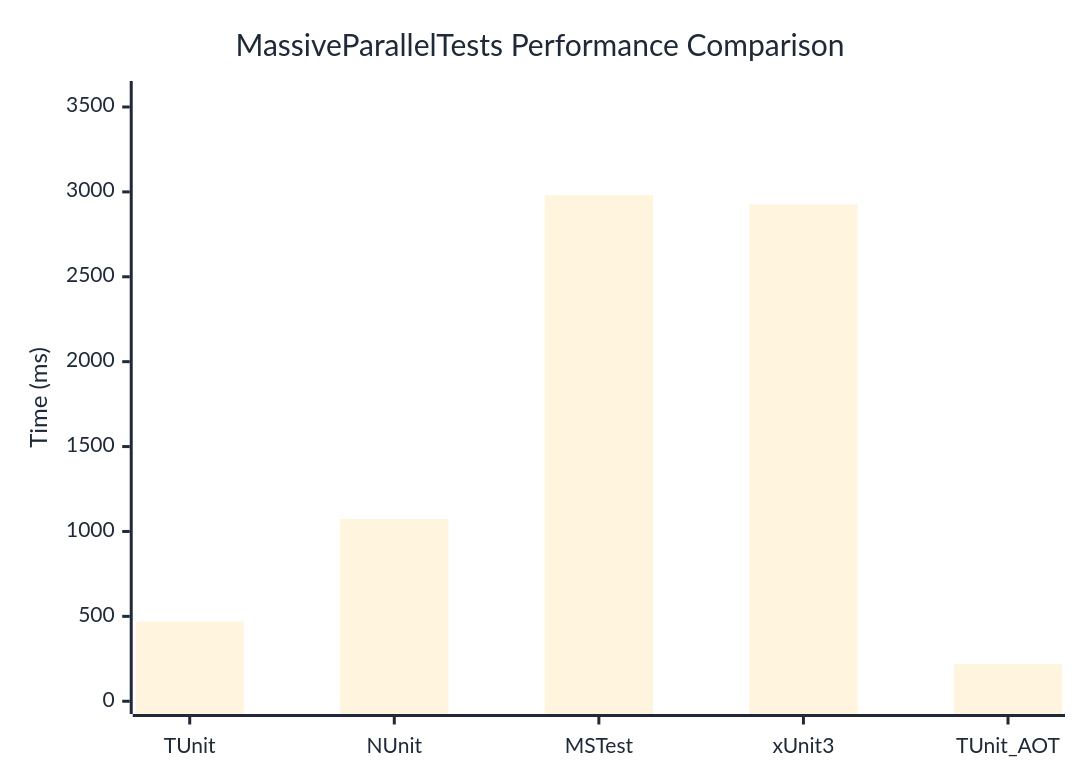
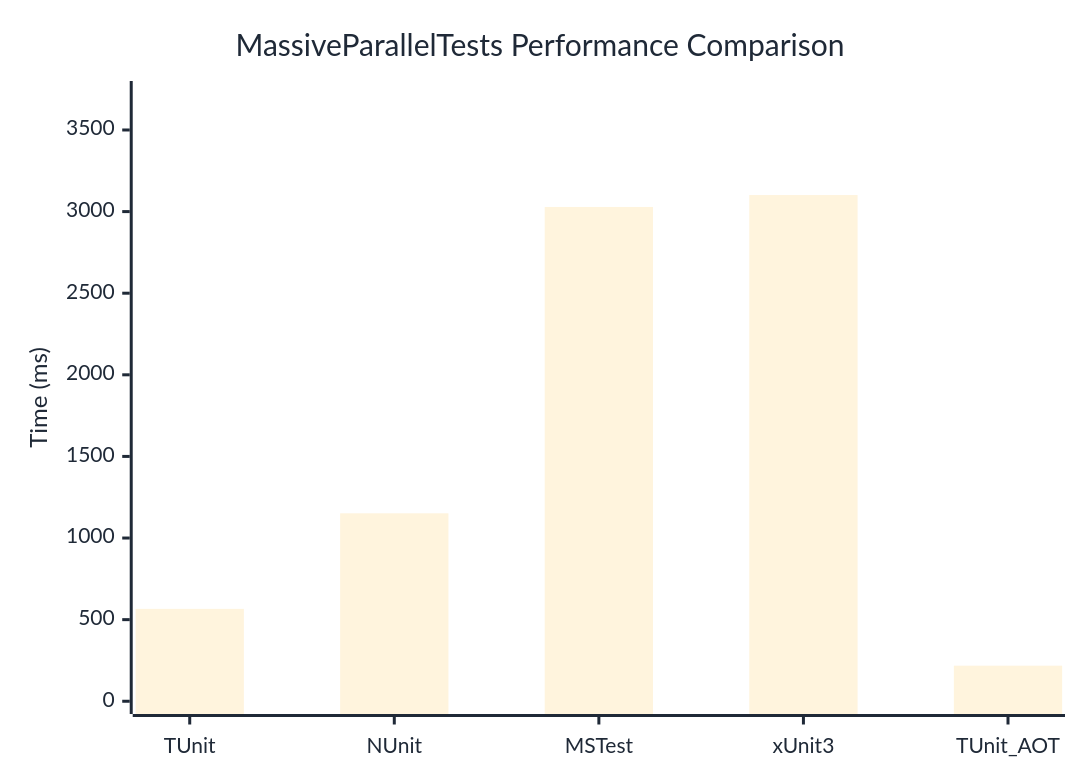
One commit to thomhurst/TUnit changed the diagram in docs/docs/benchmarks/engine/MassiveParallelTests.md. Above: the diagram before and after it, drawn with Mermaid. The commit also changed other lines of this file and 18 other files, not shown here.

````diff
--- a/docs/docs/benchmarks/engine/MassiveParallelTests.md
+++ b/docs/docs/benchmarks/engine/MassiveParallelTests.md
@@ -29,37 +29,37 @@
 ```mermaid
 %%{init: {
   'theme':'base',
   'themeVariables': {
     'primaryColor': '#2563eb',
     'primaryTextColor': '#1f2937',
     'primaryBorderColor': '#1e40af',
     'lineColor': '#6b7280',
     'secondaryColor': '#7c3aed',
     'tertiaryColor': '#dc2626',
     'background': '#ffffff',
     'mainBkg': '#2563eb',
     'secondBkg': '#7c3aed',
     'tertiaryBkg': '#dc2626',
     'clusterBkg': '#f3f4f6',
     'edgeLabelBackground': '#ffffff',
     'tertiaryTextColor': '#1f2937',
     'pie1': '#2563eb',
     'pie2': '#7c3aed',
     'pie3': '#dc2626',
     'pie4': '#f59e0b',
     'pie5': '#10b981',
     'pie6': '#06b6d4',
     'pie7': '#ec4899',
     'pie8': '#6366f1',
     'pie9': '#84cc16',
     'pie10': '#f97316',
     'pie11': '#14b8a6',
     'pie12': '#a855f7'
   }
 }}%%
 xychart-beta
   title "MassiveParallelTests Performance Comparison"
   x-axis ["TUnit", "NUnit", "MSTest", "xUnit3", "TUnit_AOT"]
-  y-axis "Time (ms)" 0 --> 3578
-  bar [469.3, 1073.9, 2981.5, 2926.8, 217.8]
+  y-axis "Time (ms)" 0 --> 3722
+  bar [566, 1151.5, 3028.4, 3101.4, 218]
 ```
````
